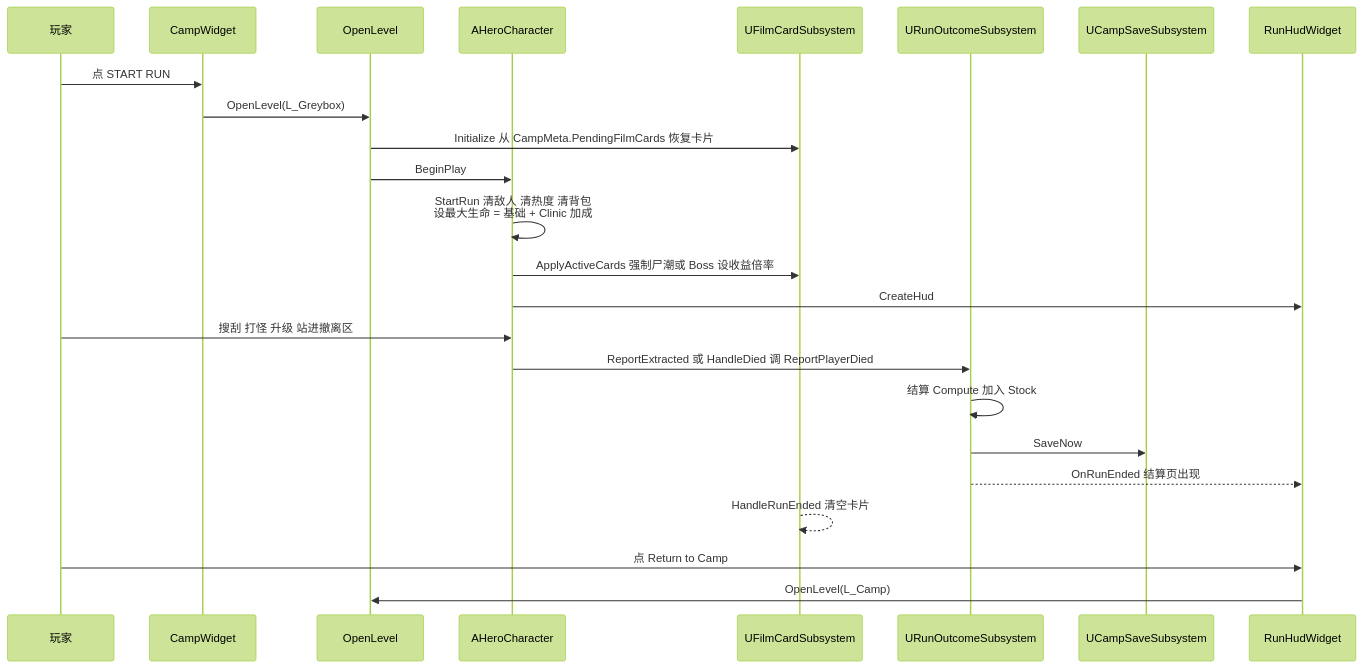
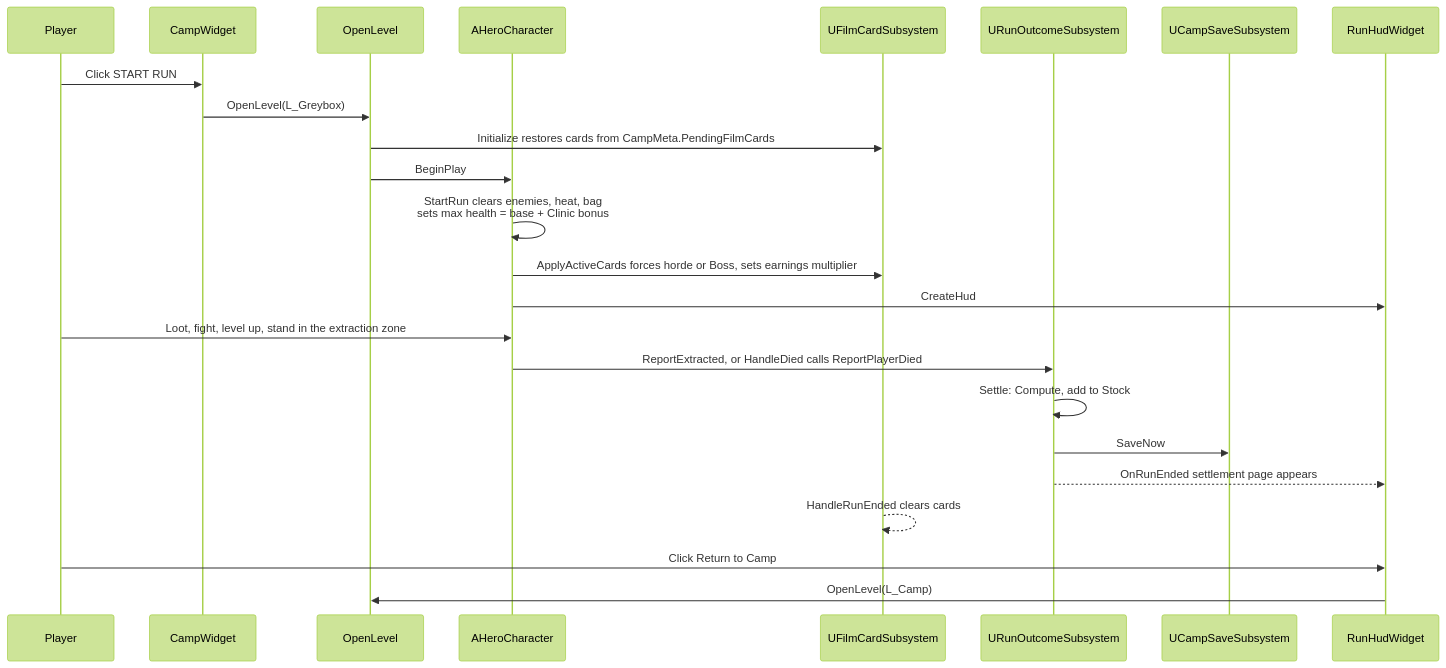
The second of 3 diagrams in docs/wiki/architecture.md (Huangyu-Shen/2026-epic-gamejam), drawn with Mermaid (forest theme) before and after one commit. The commit also changed other lines of this file and 33 other files, not shown here.

````diff
--- a/docs/wiki/architecture.md
+++ b/docs/wiki/architecture.md
@@ -91,26 +91,26 @@
 ```mermaid
 sequenceDiagram
-  participant P as 玩家
+  participant P as Player
   participant C as CampWidget
   participant L as OpenLevel
   participant H as AHeroCharacter
   participant F as UFilmCardSubsystem
   participant R as URunOutcomeSubsystem
   participant S as UCampSaveSubsystem
   participant HUD as RunHudWidget
-  P->>C: 点 START RUN
+  P->>C: Click START RUN
   C->>L: OpenLevel(L_Greybox)
-  L->>F: Initialize 从 CampMeta.PendingFilmCards 恢复卡片
+  L->>F: Initialize restores cards from CampMeta.PendingFilmCards
   L->>H: BeginPlay
-  H->>H: StartRun 清敌人 清热度 清背包<br/>设最大生命 = 基础 + Clinic 加成
-  H->>F: ApplyActiveCards 强制尸潮或 Boss 设收益倍率
+  H->>H: StartRun clears enemies, heat, bag<br/>sets max health = base + Clinic bonus
+  H->>F: ApplyActiveCards forces horde or Boss, sets earnings multiplier
   H->>HUD: CreateHud
-  P->>H: 搜刮 打怪 升级 站进撤离区
-  H->>R: ReportExtracted 或 HandleDied 调 ReportPlayerDied
-  R->>R: 结算 Compute 加入 Stock
+  P->>H: Loot, fight, level up, stand in the extraction zone
+  H->>R: ReportExtracted, or HandleDied calls ReportPlayerDied
+  R->>R: Settle: Compute, add to Stock
   R->>S: SaveNow
-  R-->>HUD: OnRunEnded 结算页出现
-  F-->>F: HandleRunEnded 清空卡片
-  P->>HUD: 点 Return to Camp
+  R-->>HUD: OnRunEnded settlement page appears
+  F-->>F: HandleRunEnded clears cards
+  P->>HUD: Click Return to Camp
   HUD->>L: OpenLevel(L_Camp)
 ```
````
